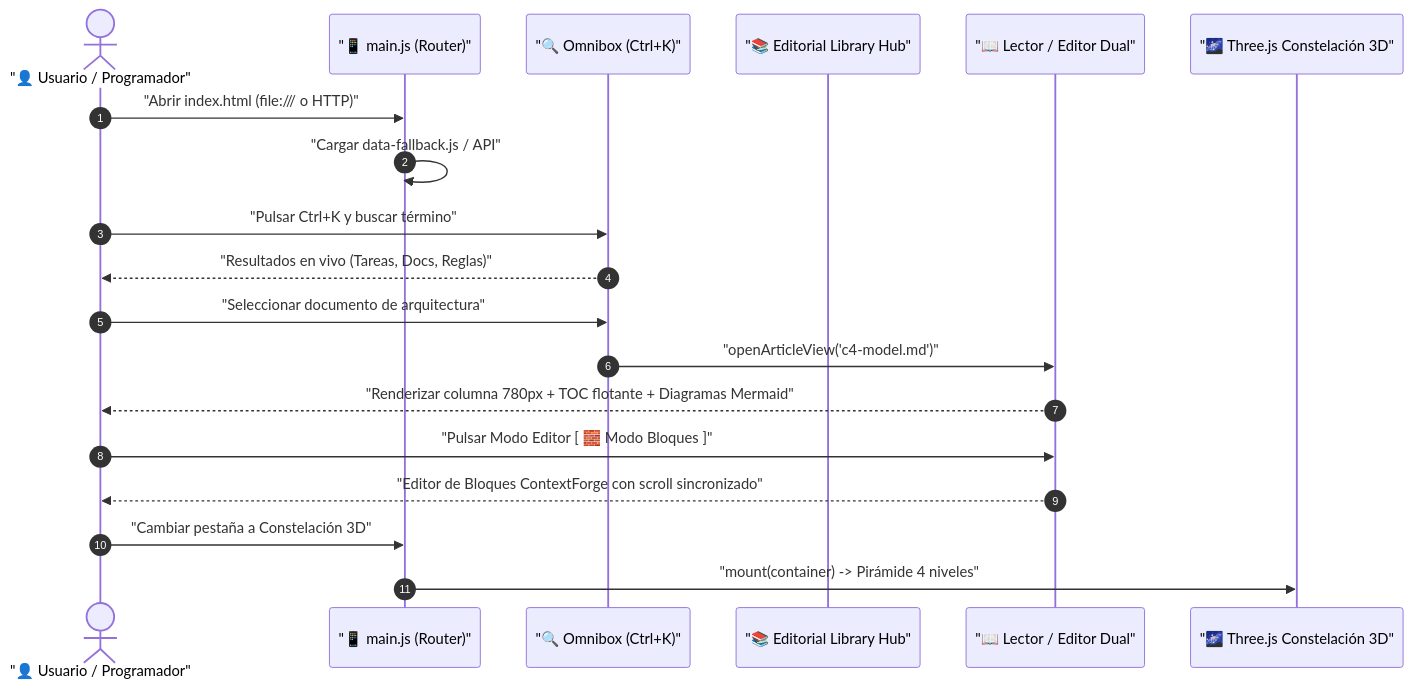
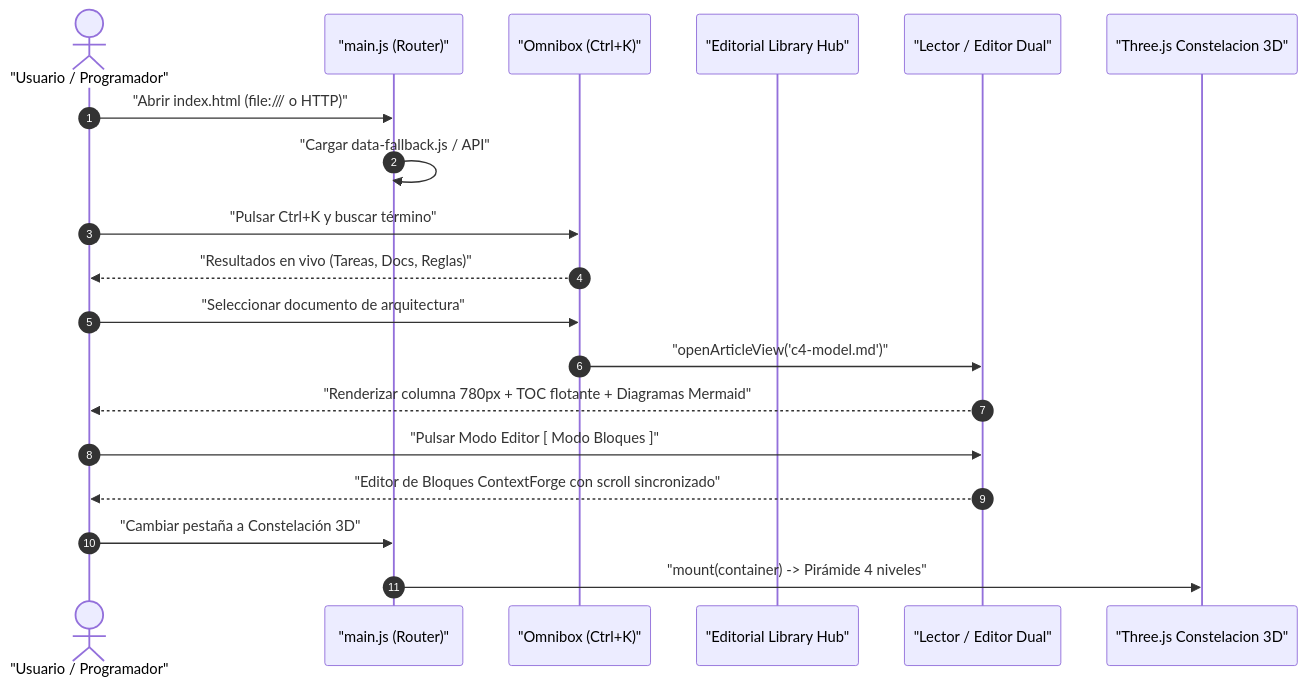
One commit to Nayid4/ContextForge changed the diagram in project-docs/knowledge/modules/dashboard-visualizer/sequence.md. Above: the diagram before and after it, drawn with Mermaid. The commit also changed 32 other files, not shown here.

````diff
--- a/project-docs/knowledge/modules/dashboard-visualizer/sequence.md
+++ b/project-docs/knowledge/modules/dashboard-visualizer/sequence.md
@@ -3,22 +3,22 @@
 ```mermaid
 sequenceDiagram
   autonumber
-  actor User as "👤 Usuario / Programador"
-  participant App as "📱 main.js (Router)"
-  participant Omnibox as "🔍 Omnibox (Ctrl+K)"
-  participant Library as "📚 Editorial Library Hub"
-  participant Article as "📖 Lector / Editor Dual"
-  participant ThreeD as "🌌 Three.js Constelación 3D"
+  actor User as "Usuario / Programador"
+  participant App as "main.js (Router)"
+  participant Omnibox as "Omnibox (Ctrl+K)"
+  participant Library as "Editorial Library Hub"
+  participant Article as "Lector / Editor Dual"
+  participant ThreeD as "Three.js Constelacion 3D"
 
   User->>App: "Abrir index.html (file:/// o HTTP)"
   App->>App: "Cargar data-fallback.js / API"
   User->>Omnibox: "Pulsar Ctrl+K y buscar término"
   Omnibox-->>User: "Resultados en vivo (Tareas, Docs, Reglas)"
   User->>Omnibox: "Seleccionar documento de arquitectura"
   Omnibox->>Article: "openArticleView('c4-model.md')"
   Article-->>User: "Renderizar columna 780px + TOC flotante + Diagramas Mermaid"
-  User->>Article: "Pulsar Modo Editor [ 🧱 Modo Bloques ]"
+  User->>Article: "Pulsar Modo Editor [ Modo Bloques ]"
   Article-->>User: "Editor de Bloques ContextForge con scroll sincronizado"
   User->>App: "Cambiar pestaña a Constelación 3D"
   App->>ThreeD: "mount(container) -> Pirámide 4 niveles"
 ```
````
